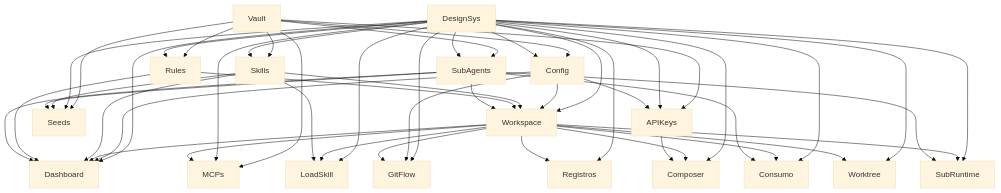
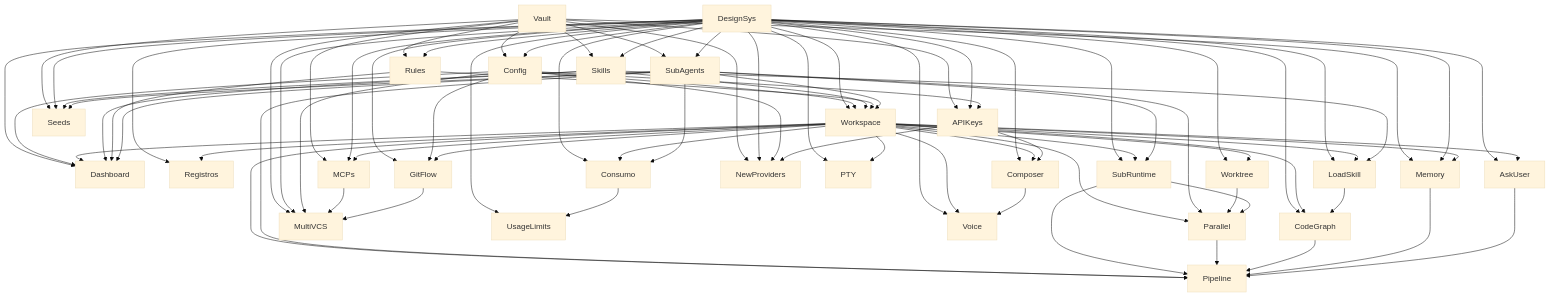
The diagram in docs/PRD.md (humbertoluks/engrena-code), drawn with Mermaid (base theme) before and after one commit. The commit also changed other lines of this file and 10 other files, not shown here.

````diff
--- a/docs/PRD.md
+++ b/docs/PRD.md
@@ -838,4 +1167,39 @@
   F011 --> F16[Composer]
   F03 --> F16
   F10 --> F16
+  F03 --> F18[Parallel]
+  F07 --> F18
+  F13 --> F18
+  F15 --> F18
+  F011 --> F19[CodeGraph]
+  F03 --> F19
+  F12 --> F19
+  F01 --> F20[Memory]
+  F011 --> F20
+  F03 --> F20
+  F011 --> F21[AskUser]
+  F03 --> F21
+  F01 --> F23[NewProviders]
+  F011 --> F23
+  F02 --> F23
+  F10 --> F23
+  F01 --> F24[MultiVCS]
+  F011 --> F24
+  F02 --> F24
+  F09 --> F24
+  F14 --> F24
+  F011 --> F25[UsageLimits]
+  F11 --> F25
+  F011 --> F26[PTY]
+  F03 --> F26
+  F011 --> F27[Voice]
+  F03 --> F27
+  F16 --> F27
+  F03 --> F22[Pipeline]
+  F07 --> F22
+  F15 --> F22
+  F18 --> F22
+  F19 --> F22
+  F20 --> F22
+  F21 --> F22
 ```
````
